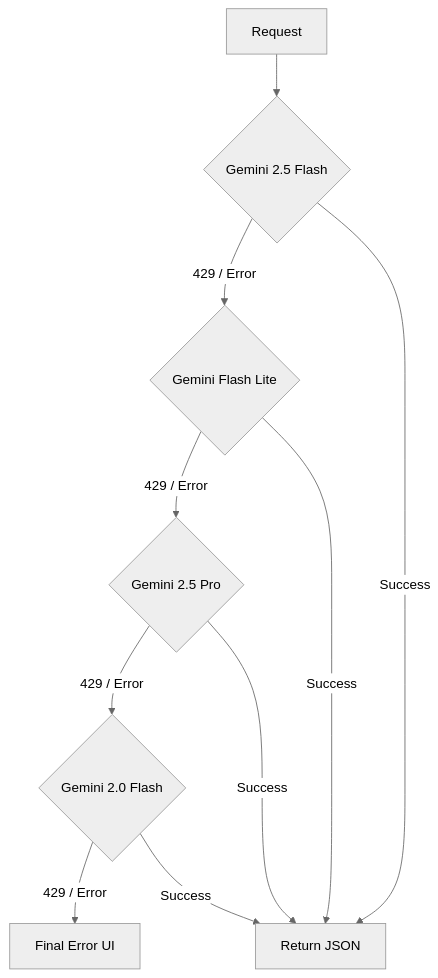
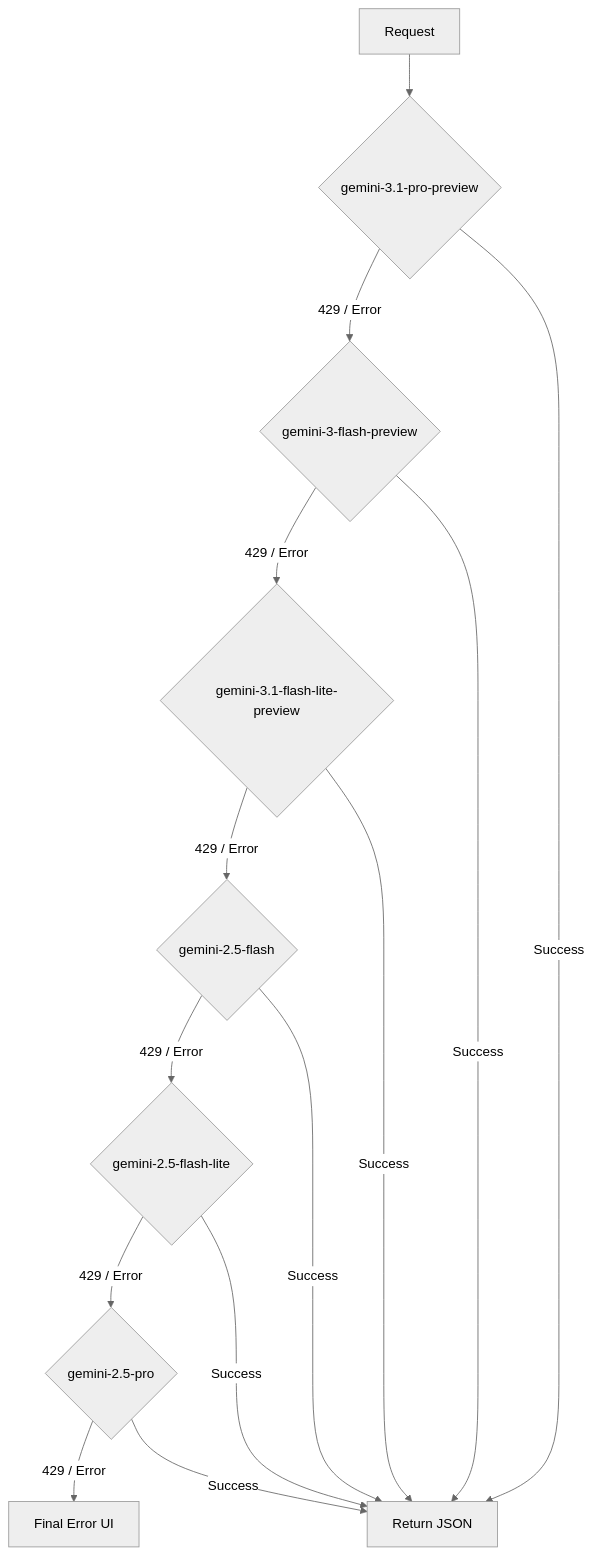
One commit to ganeshkamble145/gkstockinsights changed the diagram in PROJECT_DETAILS.md. Above: the diagram before and after it, drawn with Mermaid (neutral theme). The commit also changed other lines of this file and 4 other files, not shown here.

````diff
--- a/PROJECT_DETAILS.md
+++ b/PROJECT_DETAILS.md
@@ -98,12 +145,16 @@
 ```mermaid
 graph TD
-    A[Request] --> B{Gemini 2.5 Flash}
-    B -- 429 / Error --> C{Gemini Flash Lite}
-    C -- 429 / Error --> D{Gemini 2.5 Pro}
-    D -- 429 / Error --> E{Gemini 2.0 Flash}
-    E -- 429 / Error --> F[Final Error UI]
-    B -- Success --> G[Return JSON]
-    C -- Success --> G
-    D -- Success --> G
-    E -- Success --> G
+    A[Request] --> B{gemini-3.1-pro-preview}
+    B -- 429 / Error --> C{gemini-3-flash-preview}
+    C -- 429 / Error --> D{gemini-3.1-flash-lite-preview}
+    D -- 429 / Error --> E{gemini-2.5-flash}
+    E -- 429 / Error --> F{gemini-2.5-flash-lite}
+    F -- 429 / Error --> G{gemini-2.5-pro}
+    G -- 429 / Error --> H[Final Error UI]
+    B -- Success --> Z[Return JSON]
+    C -- Success --> Z
+    D -- Success --> Z
+    E -- Success --> Z
+    F -- Success --> Z
+    G -- Success --> Z
 ```
````
